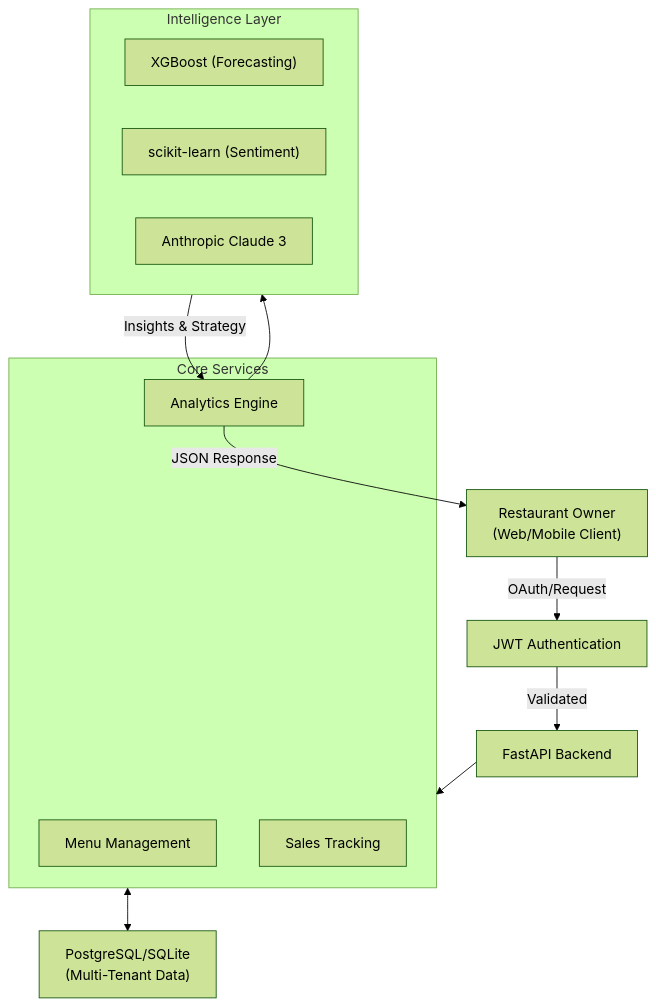
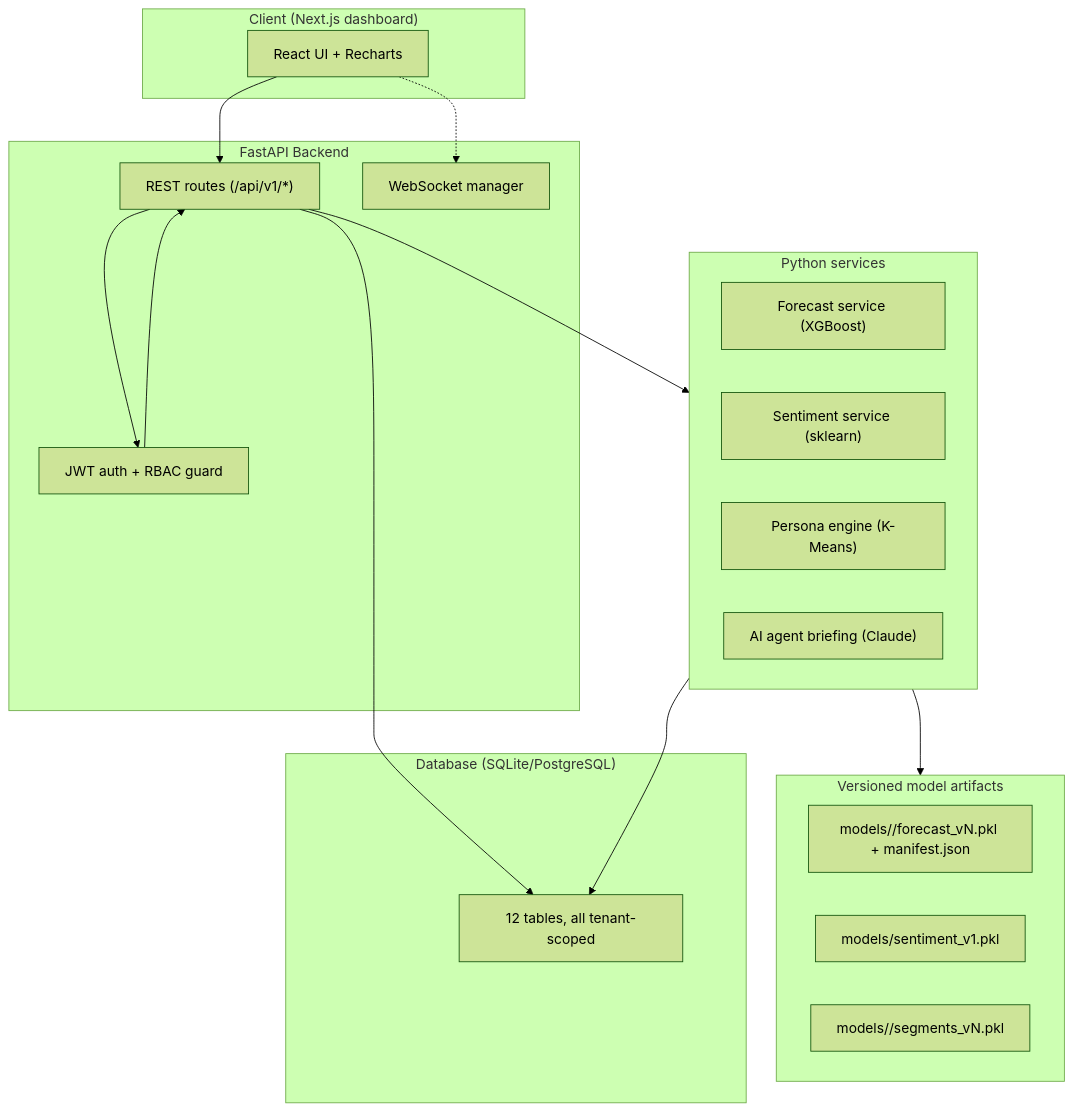
One commit to taksh1507/OpsMind-AI-Restaurant-Operations-Intelligence-System changed the diagram in README.md. Above: the diagram before and after it, drawn with Mermaid (forest theme). The commit also changed other lines of this file, not shown here.

````diff
--- a/README.md
+++ b/README.md
@@ -63,28 +53,38 @@
 ```mermaid
-graph TB
-    User["Restaurant Owner<br/>(Web/Mobile Client)"]
-    Auth["JWT Authentication"]
-    FastAPI["FastAPI Backend"]
-    
-    subgraph CoreServices [Core Services]
-        Menu["Menu Management"]
-        Sales["Sales Tracking"]
-        Analytics["Analytics Engine"]
+flowchart TB
+    subgraph Client["Client (Next.js dashboard)"]
+        UI["React UI + Recharts"]
     end
-    
-    Database["PostgreSQL/SQLite<br/>(Multi-Tenant Data)"]
-    
-    subgraph IntelligenceLayer [Intelligence Layer]
-        XGB["XGBoost (Forecasting)"]
-        Sklearn["scikit-learn (Sentiment)"]
-        Gemini["Anthropic Claude 3"]
+
+    subgraph API["FastAPI Backend"]
+        Auth["JWT auth + RBAC guard"]
+        Routes["REST routes (/api/v1/*)"]
+        WS["WebSocket manager"]
     end
-    
-    User -->|OAuth/Request| Auth
-    Auth -->|Validated| FastAPI
-    FastAPI --> CoreServices
-    CoreServices <--> Database
-    Analytics --> IntelligenceLayer
-    IntelligenceLayer -->|Insights & Strategy| Analytics
-    Analytics -->|JSON Response| User
+
+    subgraph Services["Python services"]
+        Forecast["Forecast service (XGBoost)"]
+        Sentiment["Sentiment service (sklearn)"]
+        Persona["Persona engine (K-Means)"]
+        Strategy["AI agent briefing (Claude)"]
+    end
+
+    subgraph Models["Versioned model artifacts"]
+        XGB["models/<tenant>/forecast_vN.pkl + manifest.json"]
+        SK["models/sentiment_v1.pkl"]
+        KM["models/<tenant>/segments_vN.pkl"]
+    end
+
+    subgraph DB["Database (SQLite/PostgreSQL)"]
+        Tables["12 tables, all tenant-scoped"]
+    end
+
+    UI --> Routes
+    Routes --> Auth
+    Auth --> Routes
+    Routes --> Services
+    Services --> Models
+    Routes --> Tables
+    Services --> Tables
+    UI -.-> WS
 ```
````
